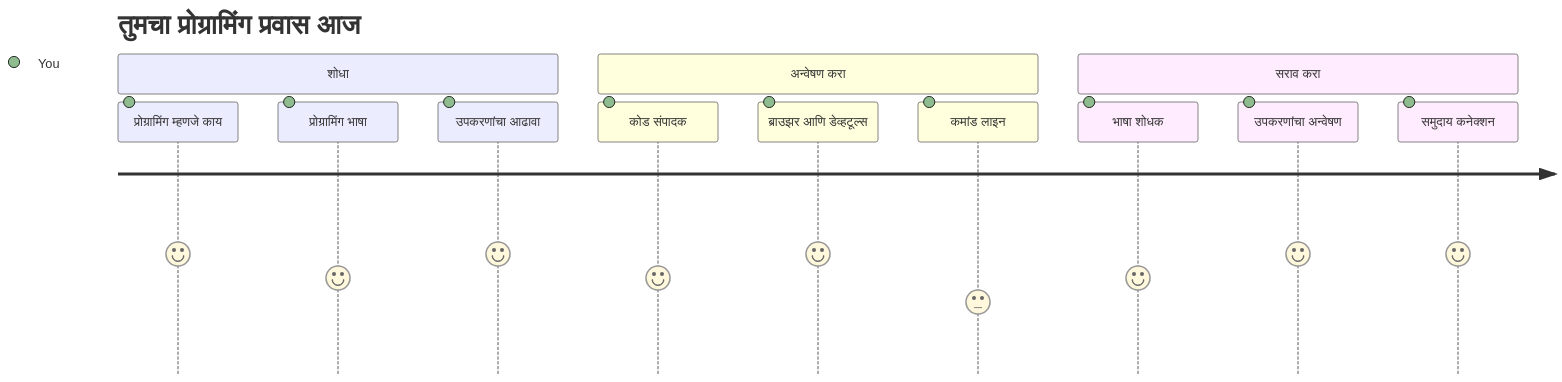
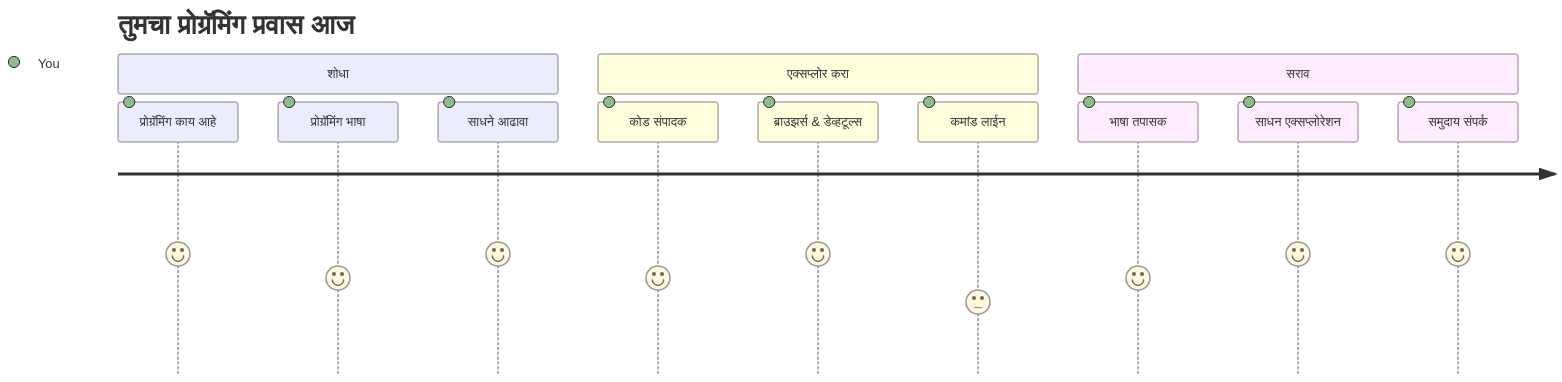
One commit to microsoft/Web-Dev-For-Beginners changed the first of 7 diagrams in translations/mr/1-getting-started-lessons/1-intro-to-programming-languages/README.md. Above: the diagram before and after it, drawn with Mermaid. The commit also changed other lines of this file and 11 other files, not shown here.

````diff
--- a/translations/mr/1-getting-started-lessons/1-intro-to-programming-languages/README.md
+++ b/translations/mr/1-getting-started-lessons/1-intro-to-programming-languages/README.md
@@ -14,16 +14,16 @@
 ```mermaid
 journey
-    title तुमचा प्रोग्रामिंग प्रवास आज
+    title तुमचा प्रोग्रॅमिंग प्रवास आज
     section शोधा
-      प्रोग्रामिंग म्हणजे काय: 5: You
-      प्रोग्रामिंग भाषा: 4: You
-      उपकरणांचा आढावा: 5: You
-    section अन्वेषण करा
+      प्रोग्रॅमिंग काय आहे: 5: You
+      प्रोग्रॅमिंग भाषा: 4: You
+      साधने आढावा: 5: You
+    section एक्सप्लोर करा
       कोड संपादक: 4: You
-      ब्राउझर आणि डेव्हटूल्स: 5: You
-      कमांड लाइन: 3: You
-    section सराव करा
-      भाषा शोधक: 4: You
-      उपकरणांचा अन्वेषण: 5: You
-      समुदाय कनेक्शन: 5: You
+      ब्राउझर्स & डेव्हटूल्स: 5: You
+      कमांड लाईन: 3: You
+    section सराव
+      भाषा तपासक: 4: You
+      साधन एक्सप्लोरेशन: 5: You
+      समुदाय संपर्क: 5: You
 ```
````
